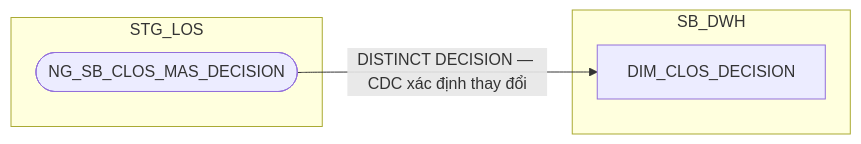
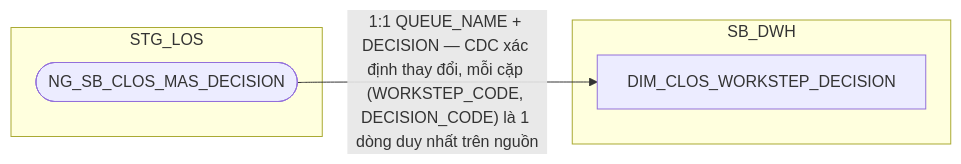
One commit to chien1198/sb-mapping-gen changed the fifth of 13 diagrams in hld/hld_review/HLD_DIM_SB_DWH_review.md. Above: the diagram before and after it, drawn with Mermaid. The commit also changed other lines of this file and 183 other files, not shown here.

````diff
--- a/hld/hld_review/HLD_DIM_SB_DWH_review.md
+++ b/hld/hld_review/HLD_DIM_SB_DWH_review.md
@@ -271,10 +240,10 @@
 ```mermaid
 flowchart LR
     subgraph STG_LOS
         A(["NG_SB_CLOS_MAS_DECISION"])
     end
     subgraph SB_DWH
-        C["DIM_CLOS_DECISION"]
+        C["DIM_CLOS_WORKSTEP_DECISION"]
     end
-    A -->|"DISTINCT DECISION — CDC xác định thay đổi"| C
+    A -->|"1:1 QUEUE_NAME + DECISION — CDC xác định thay đổi, mỗi cặp (WORKSTEP_CODE, DECISION_CODE) là 1 dòng duy nhất trên nguồn"| C
 ```
````
